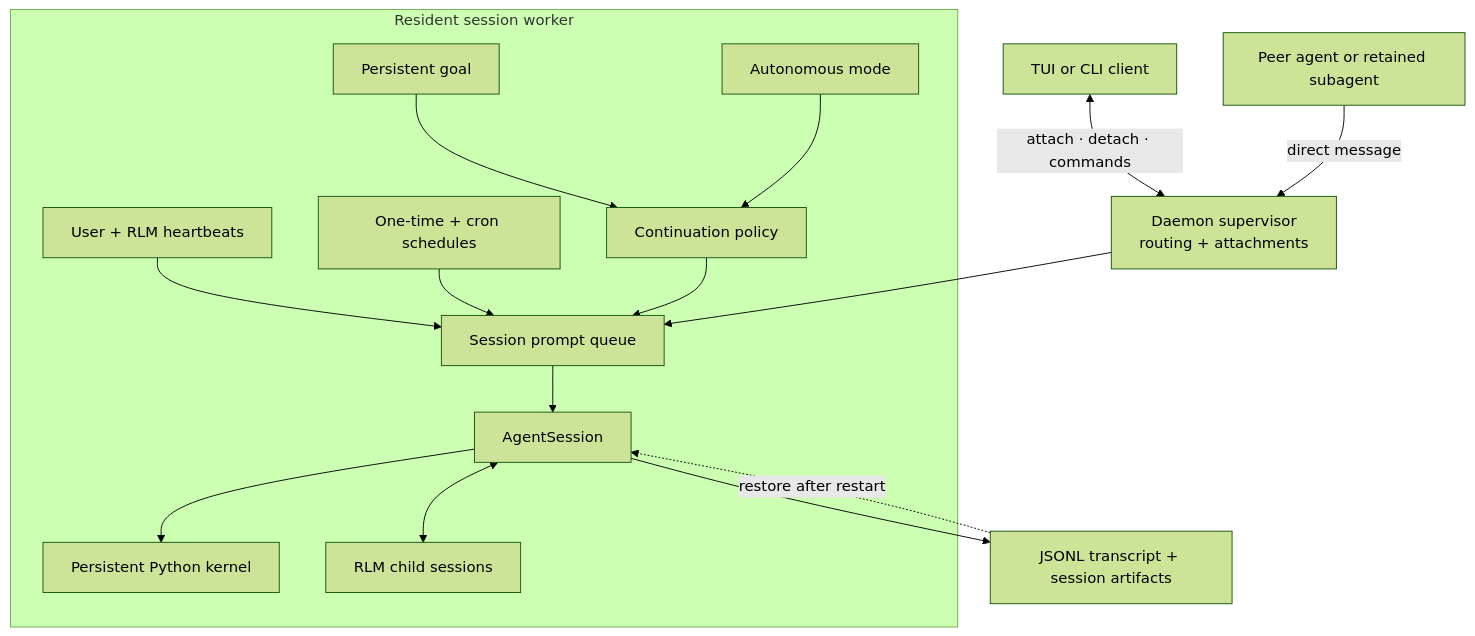
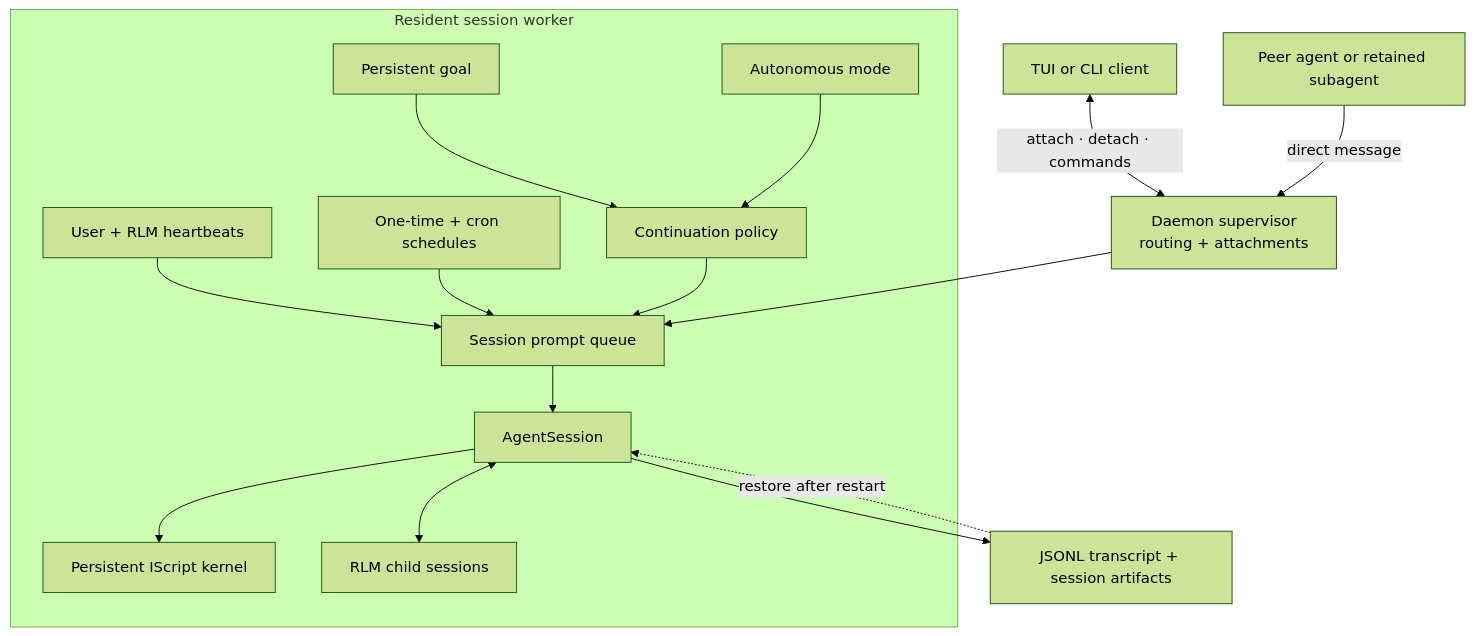
Before and after one commit to Jackhuang13/apollo-cli: the diagram in packages/coding-agent/docs/long-running-agents.md, drawn with Mermaid (forest theme). The commit also changed other lines of this file and 35 other files, not shown here.

Commit message:
docs: migrate coding-agent docs to Apollo CLI and the IScript kernel

````diff
--- a/packages/coding-agent/docs/long-running-agents.md
+++ b/packages/coding-agent/docs/long-running-agents.md
@@ -7,35 +7,35 @@
 ```mermaid
 flowchart TD
     client["TUI or CLI client"]
     peer["Peer agent or retained subagent"]
     supervisor["Daemon supervisor<br/>routing + attachments"]
 
     subgraph worker["Resident session worker"]
         heartbeat["User + RLM heartbeats"]
         schedule["One-time + cron schedules"]
         goal["Persistent goal"]
         autonomous["Autonomous mode"]
         policy["Continuation policy"]
         queue["Session prompt queue"]
         session["AgentSession"]
-        kernel["Persistent Python kernel"]
+        kernel["Persistent IScript kernel"]
         children["RLM child sessions"]
 
         heartbeat --> queue
         schedule --> queue
         goal --> policy
         autonomous --> policy
         policy --> queue
         queue --> session
         session --> kernel
         session <--> children
     end
 
     artifacts["JSONL transcript + session artifacts"]
 
     client <-->|"attach · detach · commands"| supervisor
     peer -->|"direct message"| supervisor
     supervisor --> queue
     session --> artifacts
     artifacts -. "restore after restart" .-> session
 ```
````
